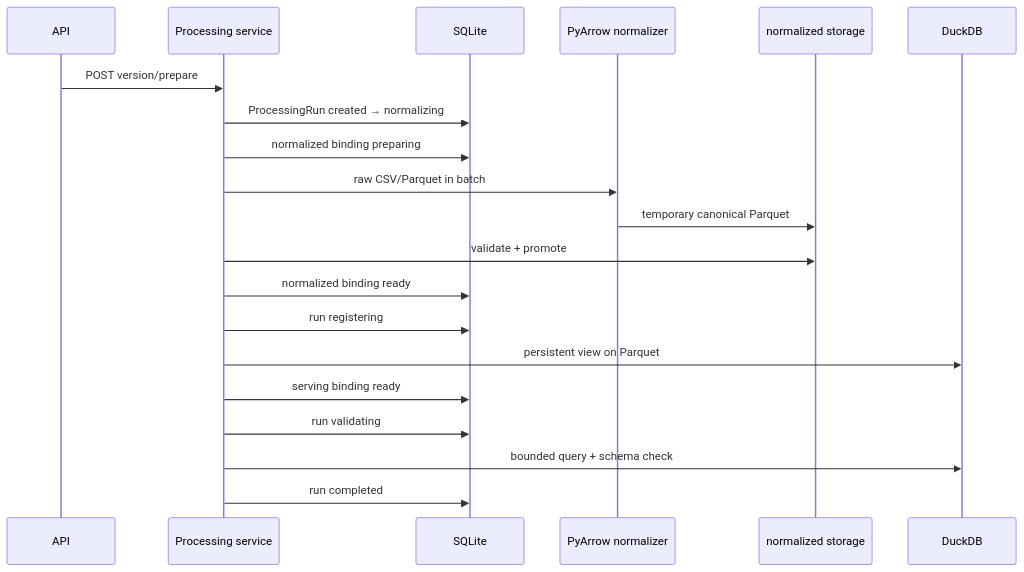
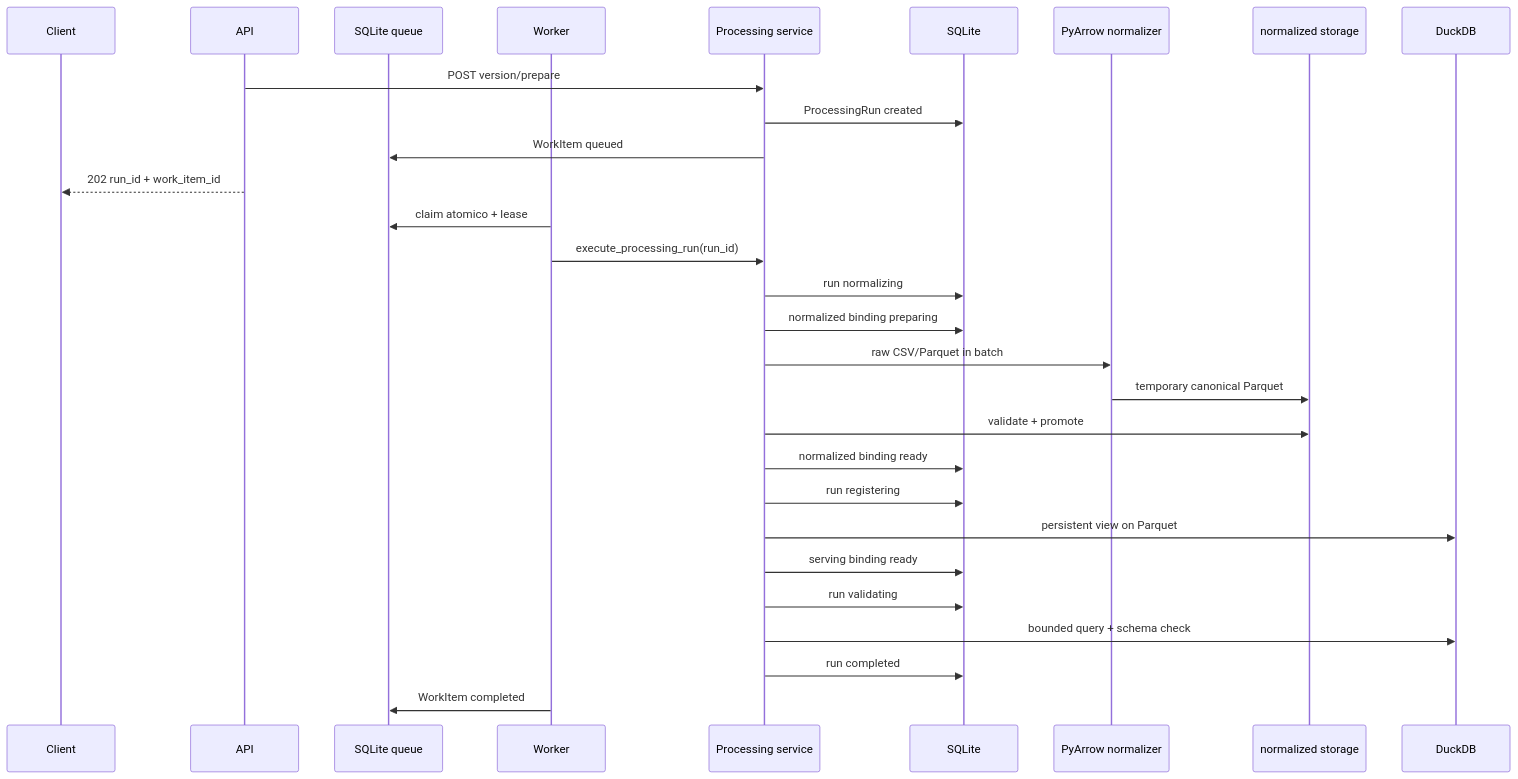
The third of 3 diagrams in README.md (pyxidious/queryX), drawn with Mermaid before and after one commit. The commit also changed other lines of this file and 20 other files, not shown here.

First line of the commit message:
feat(worker): implement shared file locking and processing run cancellation

````diff
--- a/README.md
+++ b/README.md
@@ -137,22 +151,31 @@
 ```mermaid
 sequenceDiagram
+    participant C as Client
     participant A as API
+    participant Q as SQLite queue
+    participant W as Worker
     participant P as Processing service
     participant S as SQLite
     participant N as PyArrow normalizer
     participant F as normalized storage
     participant D as DuckDB
     A->>P: POST version/prepare
-    P->>S: ProcessingRun created → normalizing
+    P->>S: ProcessingRun created
+    P->>Q: WorkItem queued
+    A-->>C: 202 run_id + work_item_id
+    W->>Q: claim atomico + lease
+    W->>P: execute_processing_run(run_id)
+    P->>S: run normalizing
     P->>S: normalized binding preparing
     P->>N: raw CSV/Parquet in batch
     N->>F: temporary canonical Parquet
     P->>F: validate + promote
     P->>S: normalized binding ready
     P->>S: run registering
     P->>D: persistent view on Parquet
     P->>S: serving binding ready
     P->>S: run validating
     P->>D: bounded query + schema check
     P->>S: run completed
+    W->>Q: WorkItem completed
 ```
````
